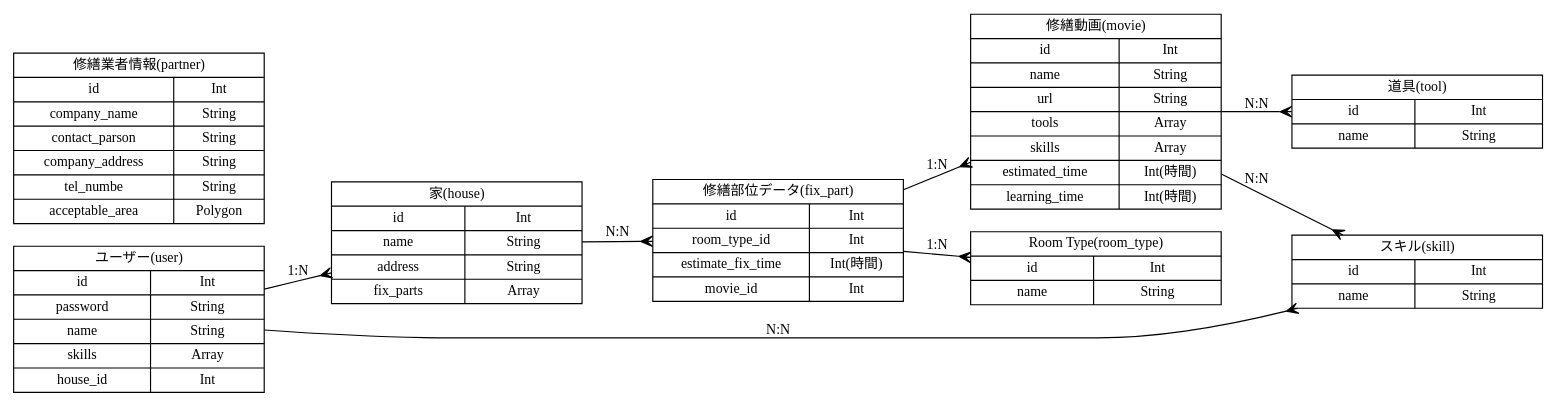
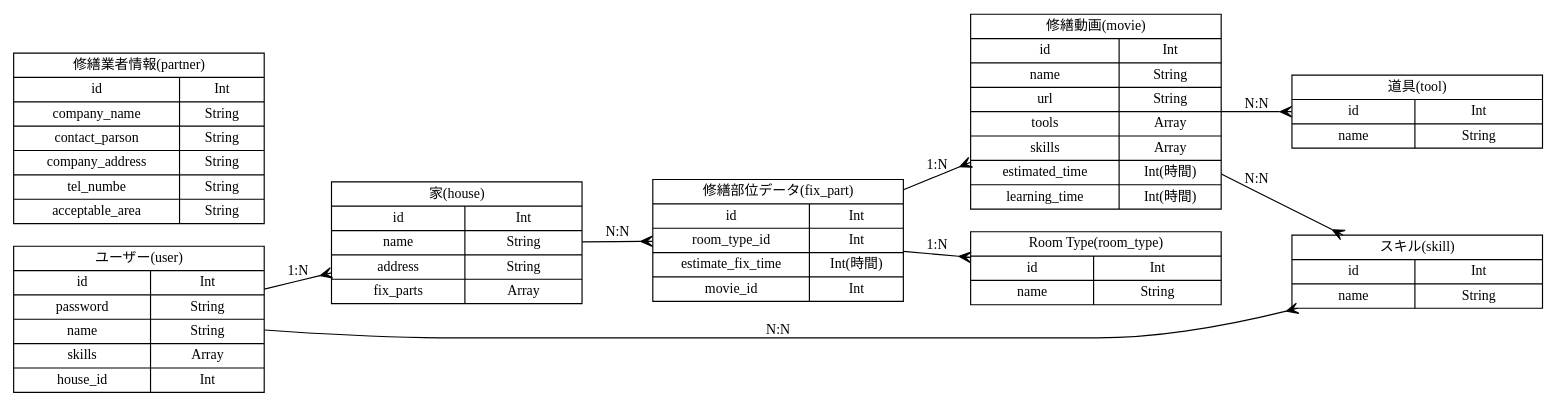
One commit to kazutoshifurukawa/jukatsuflex-backend changed the diagram in docs/er_diagram.dot. Above: the diagram before and after it, drawn with Graphviz.

Commit message:
#1 acceptable_area to String

```diff
--- a/docs/er_diagram.dot
+++ b/docs/er_diagram.dot
@@ -1,25 +1,25 @@
 digraph jukatsu {
     // basic settings
     graph [rankdir=LR];
     node [shape=record, fontsize=12, width=3.0];
     edge [arrowhead=crow, fontsize=12];
 
     // nodes
     user [label="ユーザー(user)|{{id|password|name|skills|house_id}|{Int|String|String|Array|Int}}"];
     house [label="家(house)|{{id|name|address|fix_parts}|{Int|String|String|Array}}"];
     fix_part [label="修繕部位データ(fix_part)|{{id|room_type_id|estimate_fix_time|movie_id}|{Int|Int|Int(時間)|Int}}"];
     room_type [label="Room Type(room_type)|{{id|name}|{Int|String}}"];
     skill [label="スキル(skill)|{{id|name}|{Int|String}}"];
     movie [label="修繕動画(movie)|{{id|name|url|tools|skills|estimated_time|learning_time}|{Int|String|String|Array|Array|Int(時間)|Int(時間)}}"];
     tool [label="道具(tool)|{{id|name}|{Int|String}}"];
-    partner [label="修繕業者情報(partner)|{{id|company_name|contact_parson|company_address|tel_numbe|acceptable_area}|{Int|String|String|String|String|Polygon}}"];
+    partner [label="修繕業者情報(partner)|{{id|company_name|contact_parson|company_address|tel_numbe|acceptable_area}|{Int|String|String|String|String|String}}"];
 
     // edges
     user -> house [label="1:N"];
     user -> skill [label="N:N"];
     house -> fix_part [label="N:N"];
     fix_part -> room_type [label="1:N"];
     fix_part -> movie [label="1:N"];
     movie -> tool [label="N:N"];
     movie -> skill [label="N:N"];
 }
```
